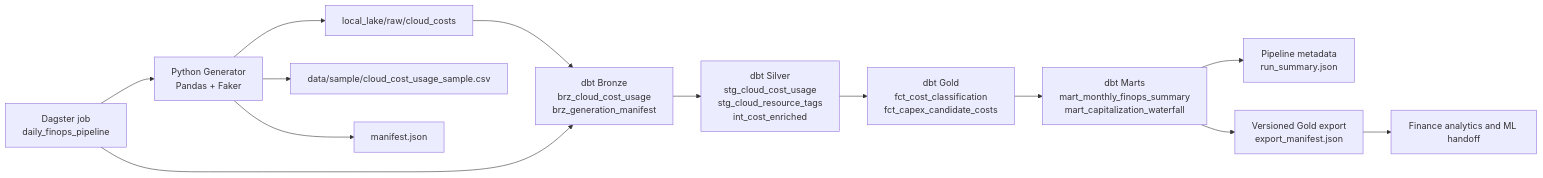
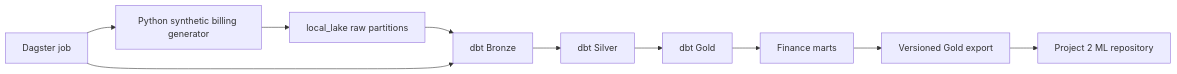
One commit to brunoramosmartins/finops-cost-capitalization-pipeline changed the diagram in README.md. Above: the diagram before and after it, drawn with Mermaid. The commit also changed other lines of this file and 5 other files, not shown here.

Commit message:
fix(orchestration): harden Dagster and Gold export validation

````diff
--- a/README.md
+++ b/README.md
@@ -54,15 +64,12 @@
 ```mermaid
 flowchart LR
-    A[Python Generator<br/>Pandas + Faker] --> B[local_lake/raw/cloud_costs]
-    A --> C[data/sample/cloud_cost_usage_sample.csv]
-    A --> D[manifest.json]
-    B --> E[dbt Bronze<br/>brz_cloud_cost_usage<br/>brz_generation_manifest]
-    E --> F[dbt Silver<br/>stg_cloud_cost_usage<br/>stg_cloud_resource_tags<br/>int_cost_enriched]
-    F --> G[dbt Gold<br/>fct_cost_classification<br/>fct_capex_candidate_costs]
-    G --> H[dbt Marts<br/>mart_monthly_finops_summary<br/>mart_capitalization_waterfall]
-    H --> I[Pipeline metadata<br/>run_summary.json]
-    H --> J[Versioned Gold export<br/>export_manifest.json]
-    J --> K[Finance analytics and ML handoff]
-    L[Dagster job<br/>daily_finops_pipeline] --> A
-    L --> E
+    A[Python synthetic billing generator] --> B[local_lake raw partitions]
+    B --> C[dbt Bronze]
+    C --> D[dbt Silver]
+    D --> E[dbt Gold]
+    E --> F[Finance marts]
+    F --> G[Versioned Gold export]
+    G --> H[Project 2 ML repository]
+    I[Dagster job] --> A
+    I --> C
 ```
````
